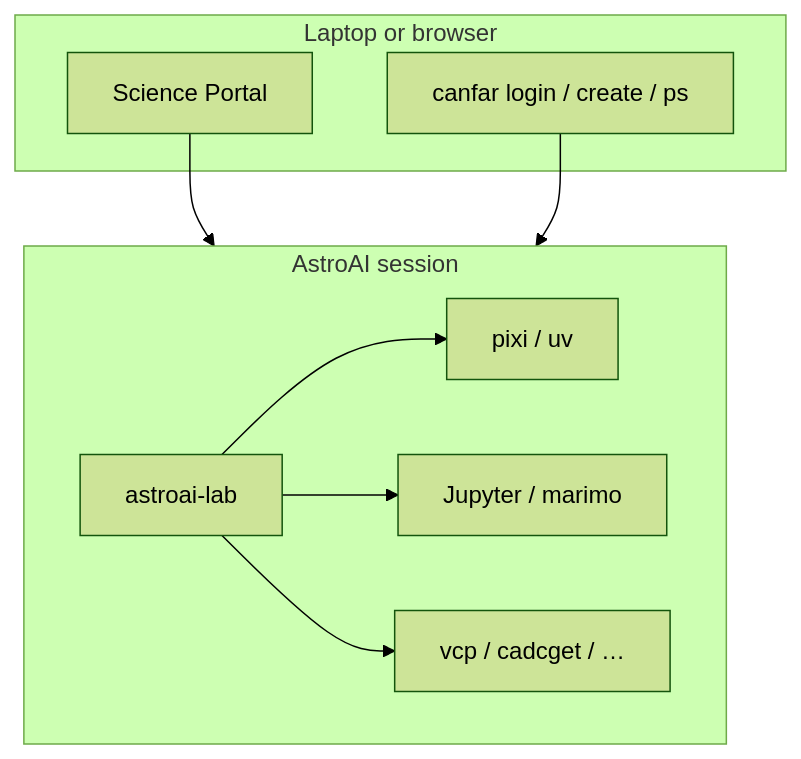
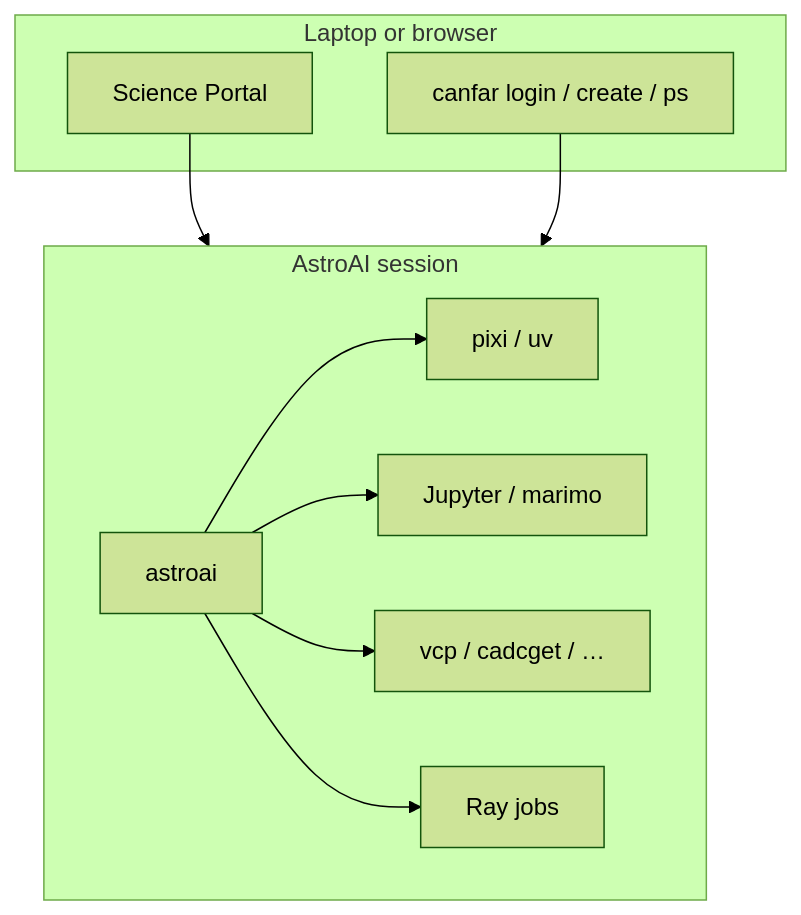
The diagram in docs/USAGE.md (astroai/astroai-lab), drawn with Mermaid (forest theme) before and after one commit. The commit also changed other lines of this file and 7 other files, not shown here.

First line of the commit message:
Document the one CLI as project env, Ray jobs, and agents.

````diff
--- a/docs/USAGE.md
+++ b/docs/USAGE.md
@@ -31,18 +30,20 @@
 ```mermaid
 flowchart TB
   subgraph outside [Laptop or browser]
     SP[Science Portal]
     CF["canfar login / create / ps"]
   end
   subgraph session [AstroAI session]
-    AL[astroai-lab]
+    AL[astroai]
     PM[pixi / uv]
     NB[Jupyter / marimo]
     CADC[vcp / cadcget / …]
+    Ray[Ray jobs]
   end
   SP --> session
   CF --> session
   AL --> PM
   AL --> NB
   AL --> CADC
+  AL --> Ray
 ```
````
